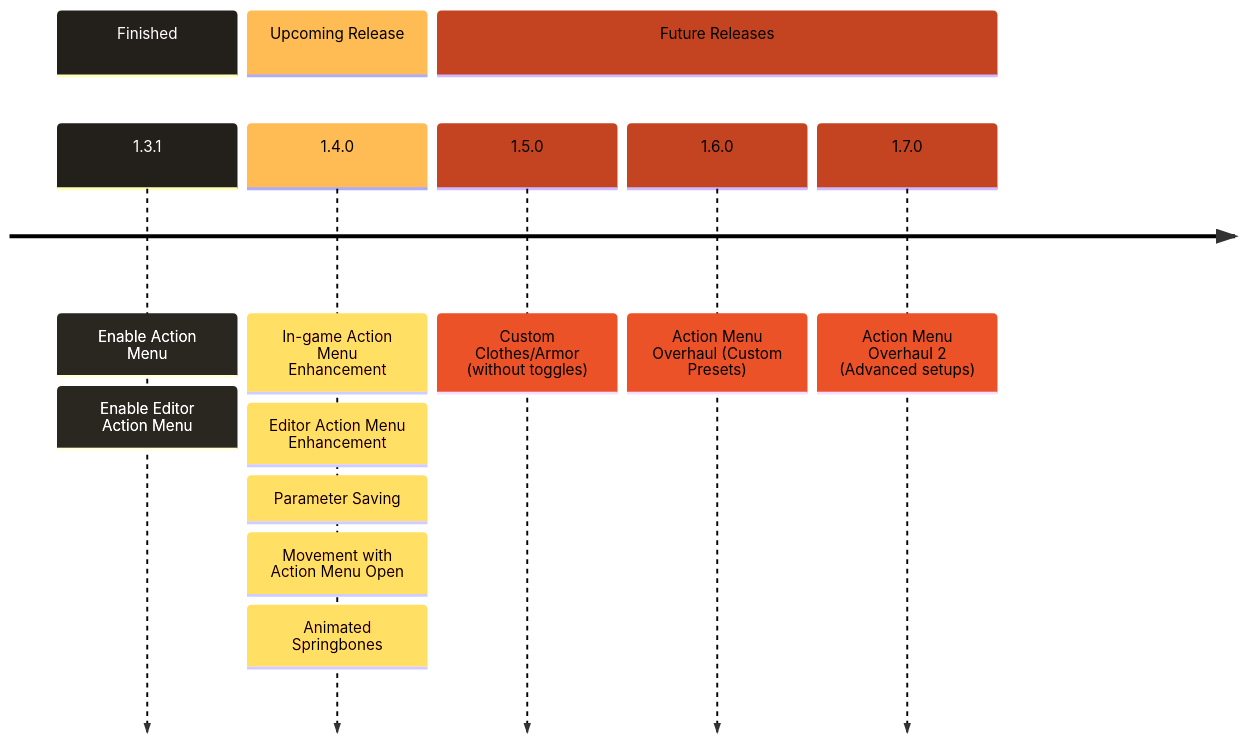
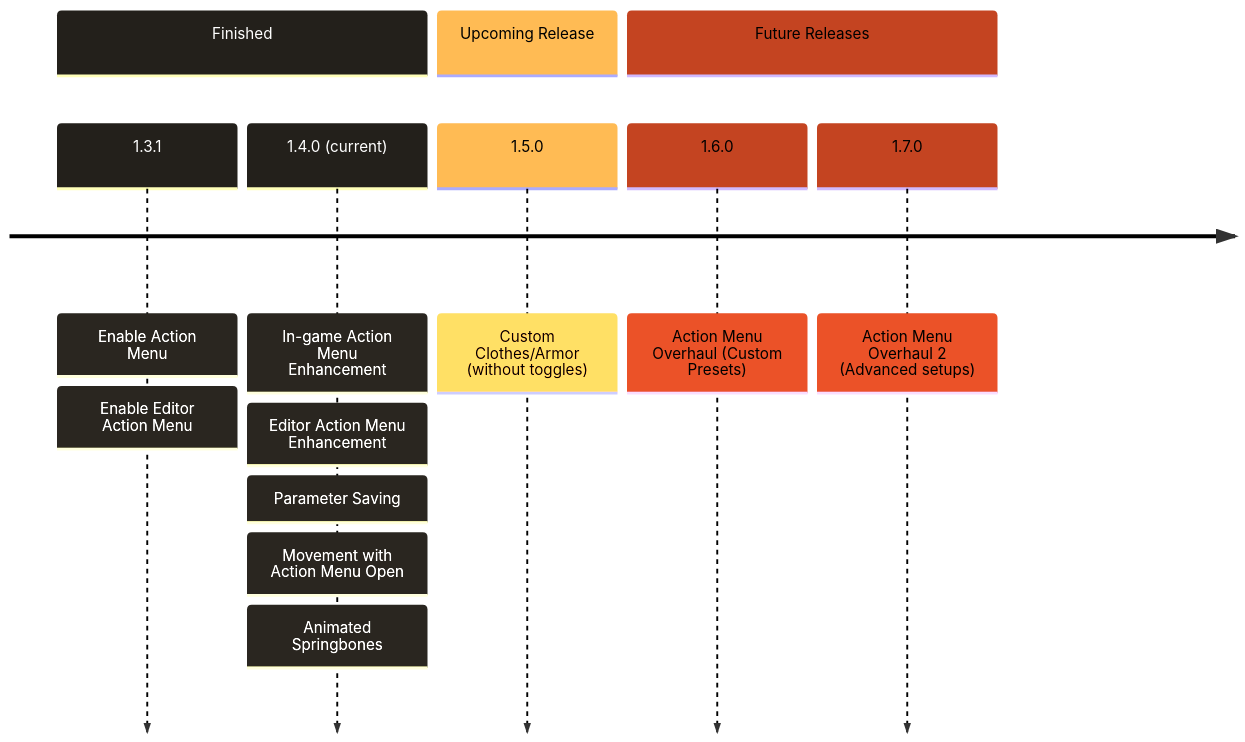
One commit to Burrely/ValheimPlayerModels-Revamps changed the diagram in README.md. Above: the diagram before and after it, drawn with Mermaid. The commit also changed other lines of this file, not shown here.

````diff
--- a/README.md
+++ b/README.md
@@ -47,21 +47,21 @@
 ```mermaid
 %%{
 init: {
   'logLevel': 'debug', 'theme': 'default' , 'themeVariables': {
       'cScale0': '#23201B', 'cScaleLabel0': '#ffffff',
       'cScale1': '#FFBB54',
       'cScale2': '#C44421'
     }
   }
 }%%
 
 timeline
   section Finished
    1.3.1 : Enable Action Menu : Enable Editor Action Menu
+   1.4.0 (current) : In-game Action Menu Enhancement : Editor Action Menu Enhancement : Parameter Saving : Movement with Action Menu Open : Animated Springbones
   section Upcoming Release
-   1.4.0 : In-game Action Menu Enhancement : Editor Action Menu Enhancement : Parameter Saving : Movement with Action Menu Open : Animated Springbones
+   1.5.0 : Custom Clothes/Armor (without toggles)
   section Future Releases
-   1.5.0 : Custom Clothes/Armor (without toggles)
    1.6.0 : Action Menu Overhaul (Custom Presets)
    1.7.0 : Action Menu Overhaul 2 (Advanced setups)
 ```
````
